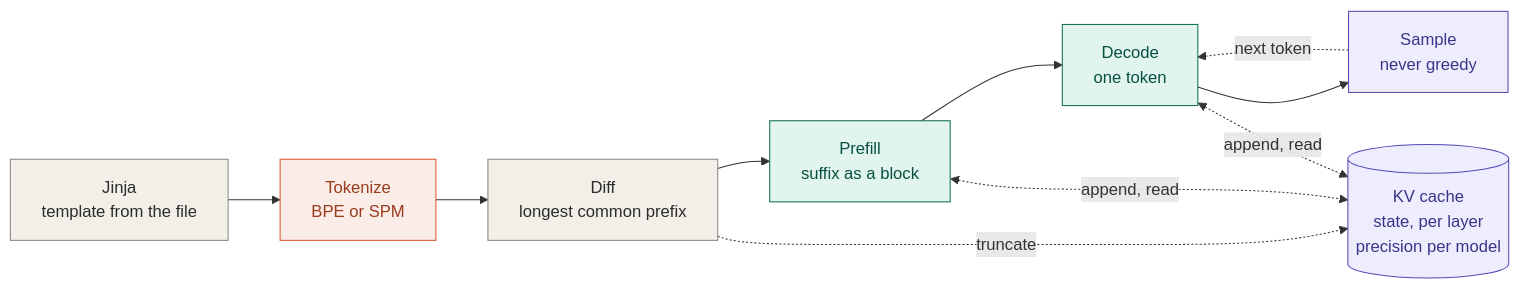
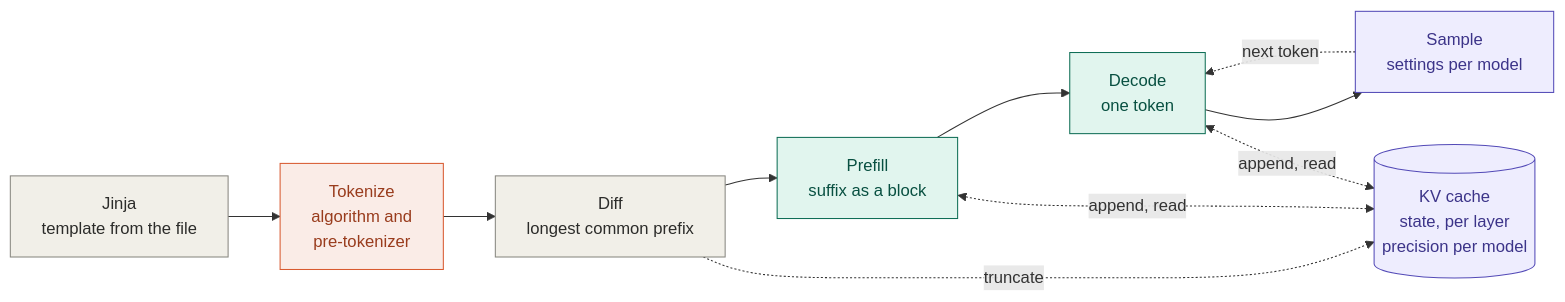
The second of 3 diagrams in docs/architecture/logical-overview.md (plainsight-systems/browser-llm), drawn with Mermaid before and after one commit. The commit also changed other lines of this file and 2 other files, not shown here.

````diff
--- a/docs/architecture/logical-overview.md
+++ b/docs/architecture/logical-overview.md
@@ -37,20 +38,20 @@
 ```mermaid
 flowchart LR
-    jinja["Jinja<br/>template from the file"] --> tok["Tokenize<br/>BPE or SPM"]
+    jinja["Jinja<br/>template from the file"] --> tok["Tokenize<br/>algorithm and<br/>pre-tokenizer"]
     tok --> diff["Diff<br/>longest common prefix"]
     diff --> pfl["Prefill<br/>suffix as a block"]
     pfl --> dec["Decode<br/>one token"]
-    dec --> smp["Sample<br/>never greedy"]
+    dec --> smp["Sample<br/>settings per model"]
     smp -. next token .-> dec
     kv[("KV cache<br/>state, per layer<br/>precision per model")]
     diff -. truncate .-> kv
     pfl <-.->|append, read| kv
     dec <-.->|append, read| kv
     classDef default fill:#F1EFE8,stroke:#888780,color:#2C2C2A
     classDef fork fill:#FAECE7,stroke:#D85A30,color:#993C1D
     classDef policy fill:#EEEDFE,stroke:#534AB7,color:#3C3489
     classDef regime fill:#E1F5EE,stroke:#0F6E56,color:#085041
     class tok fork
     class smp,kv policy
     class pfl,dec regime
 ```
````
